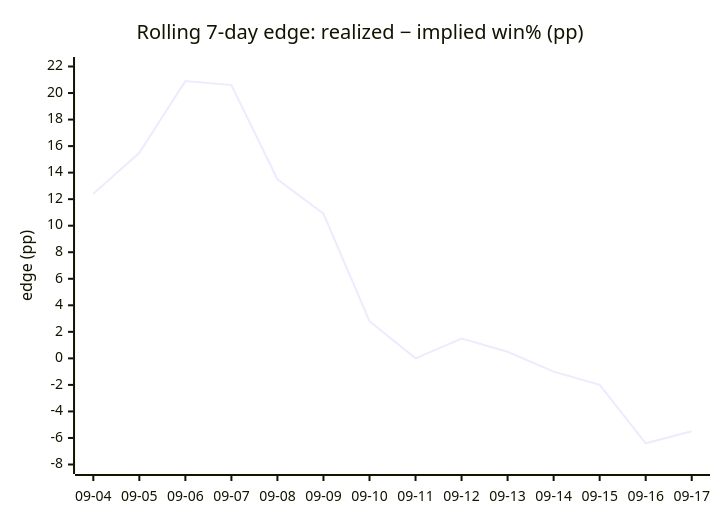
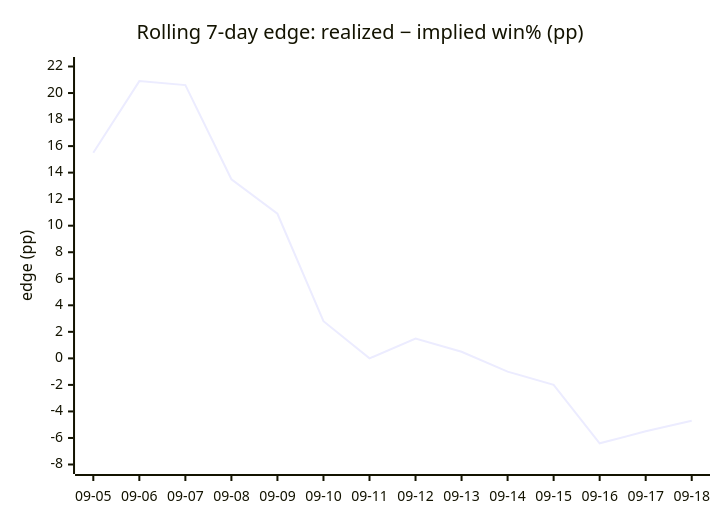
Before and after one commit to dpk1212/nhl-savant: the fourth of 4 diagrams in DAILY_AGSU_REPORT.md, drawn with Mermaid. The commit also changed other lines of this file, not shown here.

````diff
--- a/DAILY_AGSU_REPORT.md
+++ b/DAILY_AGSU_REPORT.md
@@ -852,7 +853,7 @@
 ```mermaid
 xychart-beta
     title "Rolling 7-day edge: realized − implied win% (pp)"
-    x-axis ["09-04", "09-05", "09-06", "09-07", "09-08", "09-09", "09-10", "09-11", "09-12", "09-13", "09-14", "09-15", "09-16", "09-17"]
+    x-axis ["09-05", "09-06", "09-07", "09-08", "09-09", "09-10", "09-11", "09-12", "09-13", "09-14", "09-15", "09-16", "09-17", "09-18"]
     y-axis "edge (pp)" -8 --> 22
-    line [12.4, 15.5, 20.9, 20.6, 13.5, 10.9, 2.8, 0, 1.5, 0.5, -1, -2, -6.4, -5.5]
+    line [15.5, 20.9, 20.6, 13.5, 10.9, 2.8, 0, 1.5, 0.5, -1, -2, -6.4, -5.5, -4.7]
 ```
````
